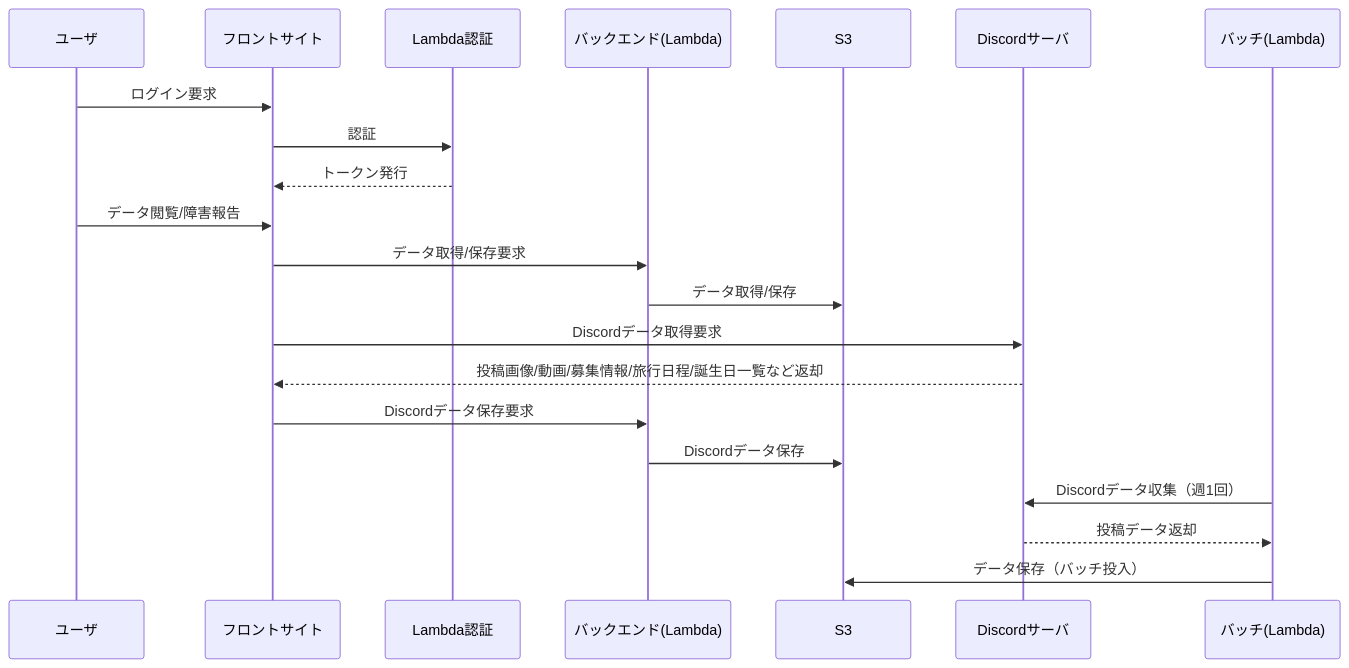
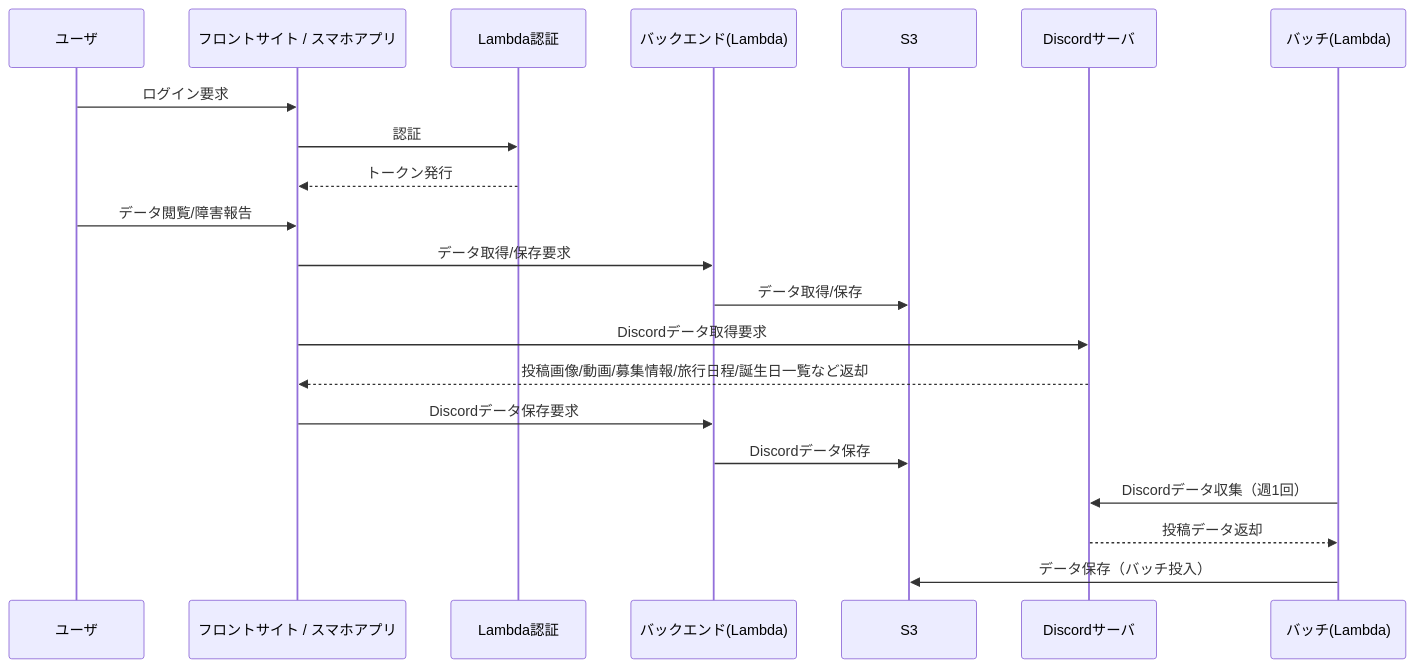
One commit to deidra-JP-windows/front-web-site-for-riften-terraform changed the diagram in diagram/シーケンス図_内部向けWEBサイトとスマホアプリのトークン認証.md. Above: the diagram before and after it, drawn with Mermaid. The commit also changed 3 other files, not shown here.

````diff
--- a/diagram/シーケンス図_内部向けWEBサイトとスマホアプリのトークン認証.md
+++ b/diagram/シーケンス図_内部向けWEBサイトとスマホアプリのトークン認証.md
@@ -1,23 +1,23 @@
 ```mermaid
 sequenceDiagram
   participant U as ユーザ
-  participant F as フロントサイト
+  participant F as フロントサイト / スマホアプリ
   participant L as Lambda認証
   participant BE as バックエンド(Lambda)
   participant S as S3
   participant D as Discordサーバ
   participant B as バッチ(Lambda)
   U->>F: ログイン要求
   F->>L: 認証
   L-->>F: トークン発行
   U->>F: データ閲覧/障害報告
   F->>BE: データ取得/保存要求
   BE->>S: データ取得/保存
   F->>D: Discordデータ取得要求
   D-->>F: 投稿画像/動画/募集情報/旅行日程/誕生日一覧など返却
   F->>BE: Discordデータ保存要求
   BE->>S: Discordデータ保存
   B->>D: Discordデータ収集（週1回）
   D-->>B: 投稿データ返却
   B->>S: データ保存（バッチ投入）
 ```
````
